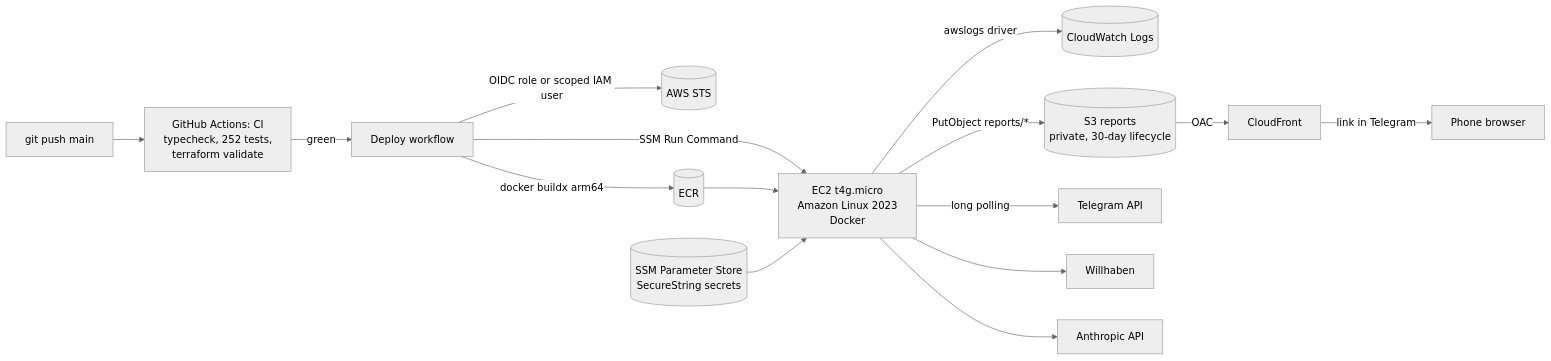
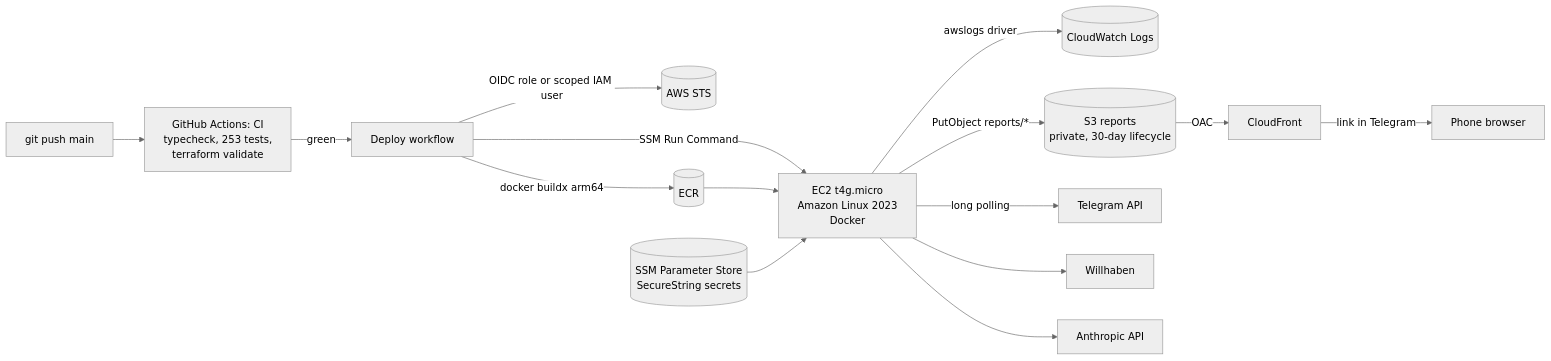
The diagram in docs/aws.md (IvanSytnik/dealradar), drawn with Mermaid (neutral theme) before and after one commit. The commit also changed 2 other files, not shown here.

Commit message:
feat(filter): drop repair services and empty boxes
Live Kleinanzeigen console searches are full of repair shops and modders
("Reparatur & Reinigung", "Umbau") and empty boxes ("Leerverpackung").
These are now not-an-offer words. "Reparatur" alone stays allowed, since
"PS5 zur Reparatur" is a broken unit and allowDefect decides about those.

````diff
--- a/docs/aws.md
+++ b/docs/aws.md
@@ -6,16 +6,16 @@
 ```mermaid
 flowchart LR
-  dev[git push main] --> ci[GitHub Actions: CI<br/>typecheck, 252 tests,<br/>terraform validate]
+  dev[git push main] --> ci[GitHub Actions: CI<br/>typecheck, 253 tests,<br/>terraform validate]
   ci -->|green| cd[Deploy workflow]
   cd -->|OIDC role or scoped IAM user| sts[(AWS STS)]
   cd -->|docker buildx arm64| ecr[(ECR)]
   cd -->|SSM Run Command| ec2[EC2 t4g.micro<br/>Amazon Linux 2023<br/>Docker]
   ecr --> ec2
   ssm[(SSM Parameter Store<br/>SecureString secrets)] --> ec2
   ec2 -->|awslogs driver| cw[(CloudWatch Logs)]
   ec2 -->|PutObject reports/*| s3[(S3 reports<br/>private, 30-day lifecycle)]
   s3 -->|OAC| cf[CloudFront] -->|link in Telegram| user[Phone browser]
   ec2 -->|long polling| tg[Telegram API]
   ec2 --> wh[Willhaben]
   ec2 --> ai[Anthropic API]
 ```
````
